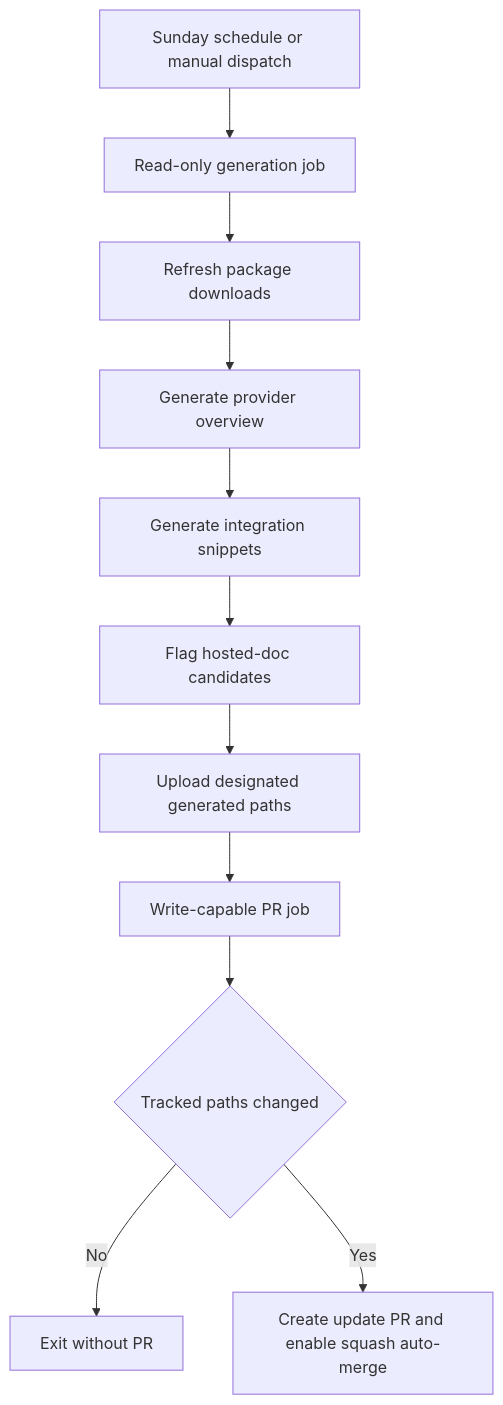
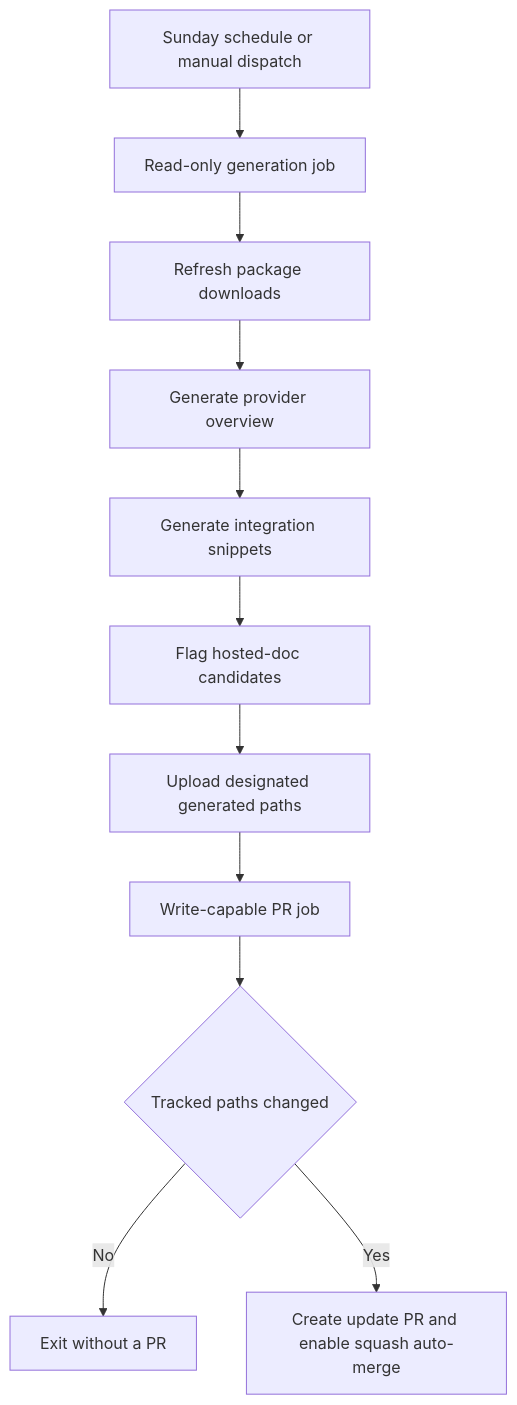
The third of 3 diagrams in openwiki/workflows/integration-listing-automation.md (langchain-ai/docs), drawn with Mermaid before and after one commit. The commit also changed other lines of this file and 13 other files, not shown here.

````diff
--- a/openwiki/workflows/integration-listing-automation.md
+++ b/openwiki/workflows/integration-listing-automation.md
@@ -132,13 +130,13 @@
 ```mermaid
 flowchart TD
-    Trigger["Sunday schedule or manual dispatch"] --> Generator["Read-only generation job"]
-    Generator --> Downloads["Refresh package downloads"]
+    Trigger["Sunday schedule or manual dispatch"] --> Generation["Read-only generation job"]
+    Generation --> Downloads["Refresh package downloads"]
     Downloads --> Provider["Generate provider overview"]
     Provider --> Tables["Generate integration snippets"]
     Tables --> Candidates["Flag hosted-doc candidates"]
     Candidates --> Artifact["Upload designated generated paths"]
     Artifact --> Writer["Write-capable PR job"]
     Writer --> Changed{"Tracked paths changed"}
-    Changed -- No --> NoPR["Exit without PR"]
+    Changed -- No --> Stop["Exit without a PR"]
     Changed -- Yes --> PR["Create update PR and enable squash auto-merge"]
 ```
````
